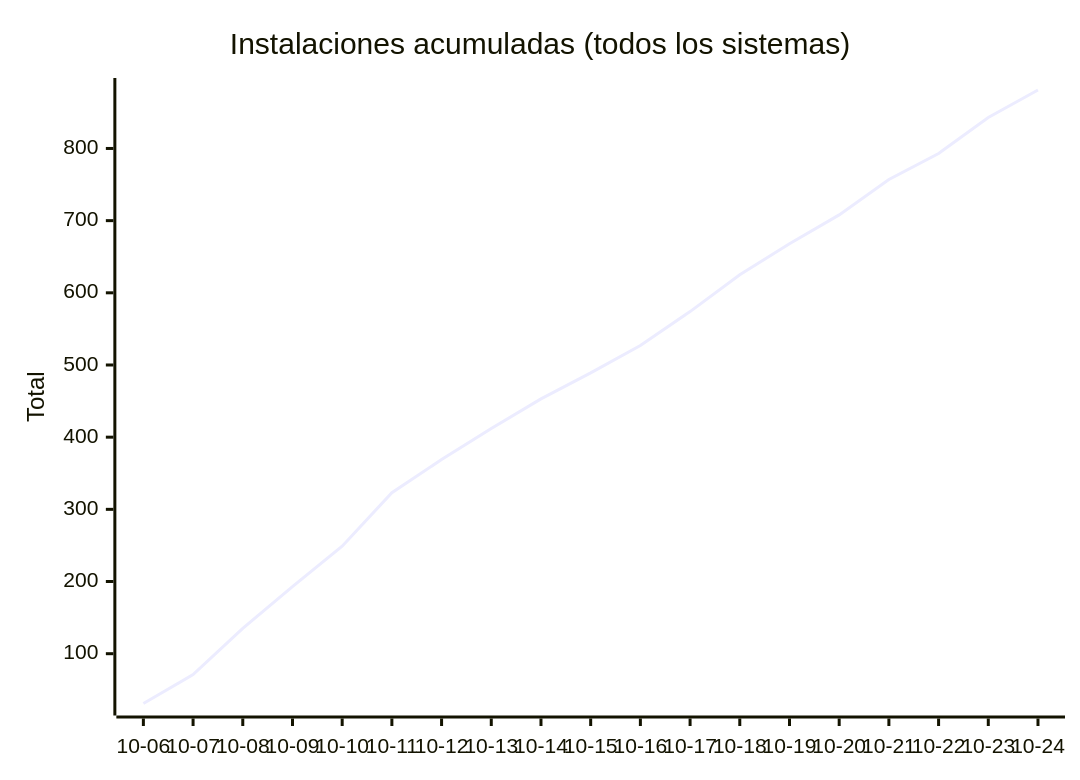
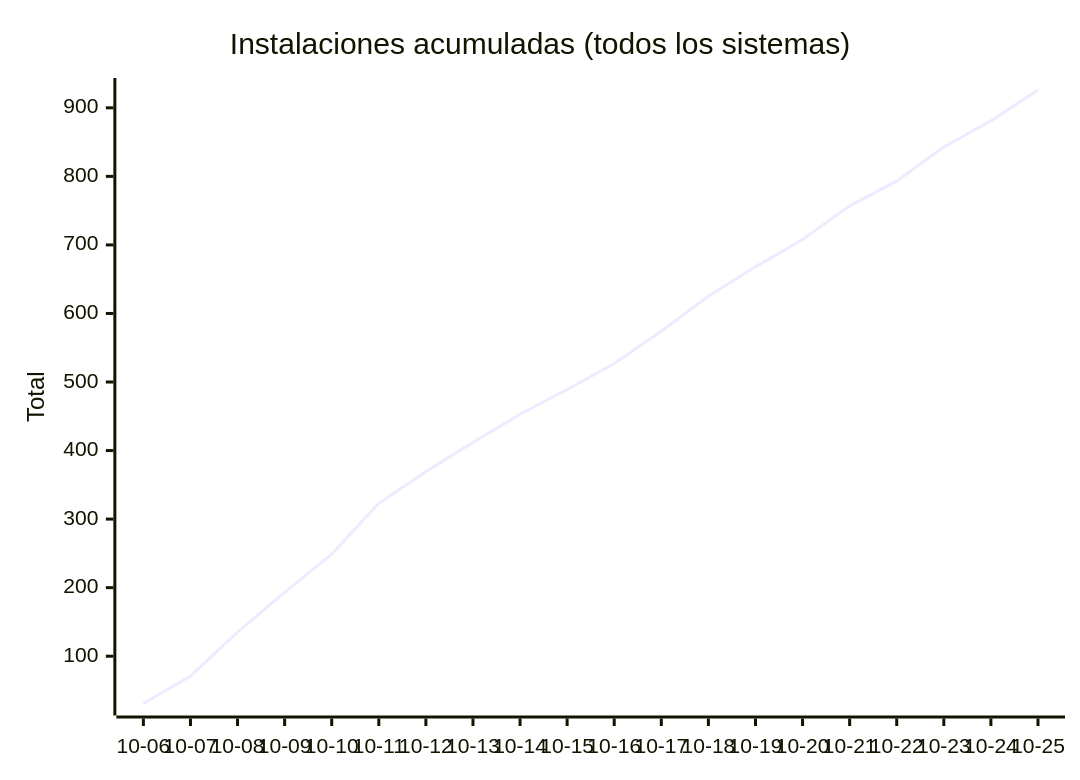
One commit to EmuDeck/stats changed the eighth of 9 diagrams in README.md. Above: the diagram before and after it, drawn with Mermaid. The commit also changed other lines of this file and 2 other files, not shown here.

````diff
--- a/README.md
+++ b/README.md
@@ -84,7 +84,7 @@
 ```mermaid
 xychart-beta
     title "Instalaciones acumuladas (todos los sistemas)"
-    x-axis ["10-06", "10-07", "10-08", "10-09", "10-10", "10-11", "10-12", "10-13", "10-14", "10-15", "10-16", "10-17", "10-18", "10-19", "10-20", "10-21", "10-22", "10-23", "10-24"]
+    x-axis ["10-06", "10-07", "10-08", "10-09", "10-10", "10-11", "10-12", "10-13", "10-14", "10-15", "10-16", "10-17", "10-18", "10-19", "10-20", "10-21", "10-22", "10-23", "10-24", "10-25"]
     y-axis "Total"
-    line [31, 71, 135, 193, 249, 323, 369, 412, 453, 489, 527, 574, 625, 668, 708, 757, 793, 843, 881]
+    line [31, 71, 135, 193, 249, 323, 369, 412, 453, 489, 527, 574, 625, 668, 708, 757, 793, 843, 881, 926]
 ```
````
